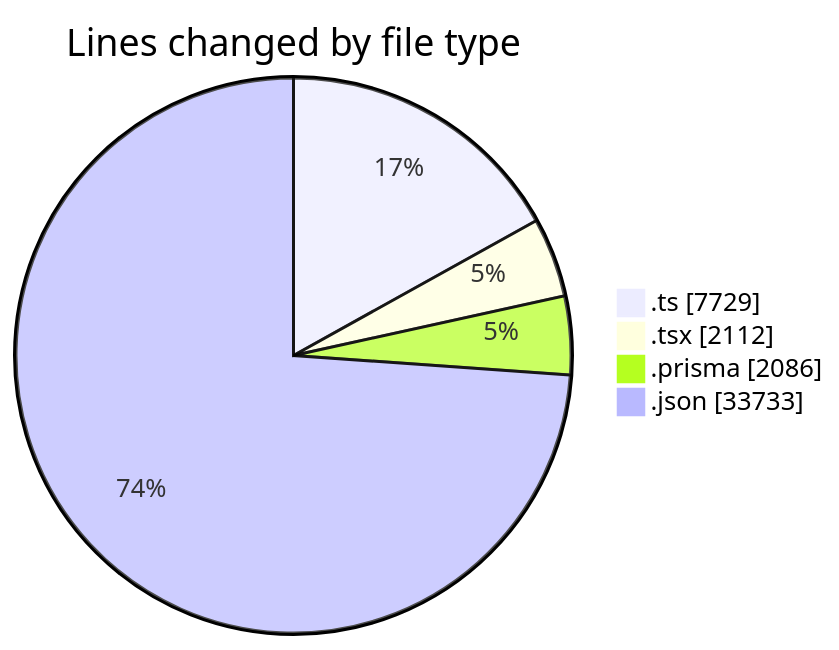
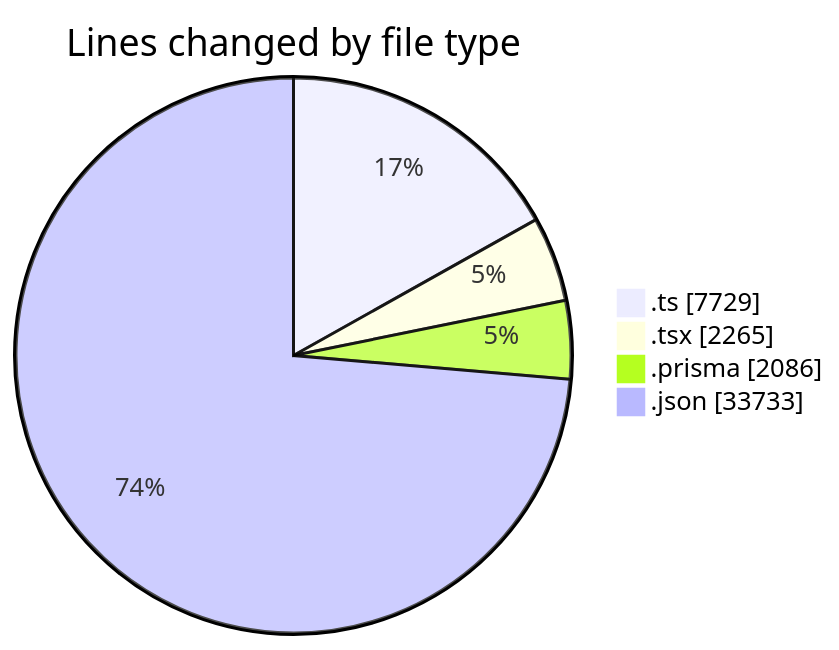
One commit to CELIANVF/code-tracking changed the first of 2 diagrams in 2025-05-19/ecodeli-1/README.md. Above: the diagram before and after it, drawn with Mermaid. The commit also changed other lines of this file and 1 other file, not shown here.

````diff
--- a/2025-05-19/ecodeli-1/README.md
+++ b/2025-05-19/ecodeli-1/README.md
@@ -49,8 +50,8 @@
 ```mermaid
 pie showData
 title Lines changed by file type
 ".ts" : 7729
-".tsx" : 2112
+".tsx" : 2265
 ".prisma" : 2086
 ".json" : 33733
 ```
````
